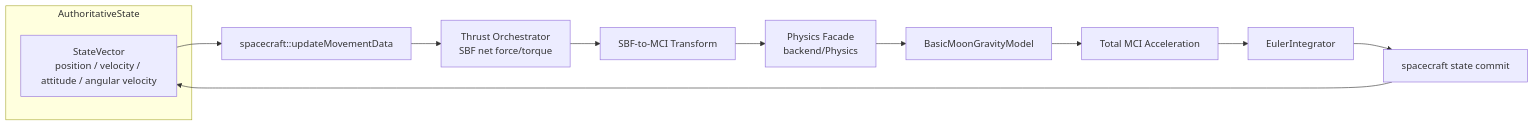
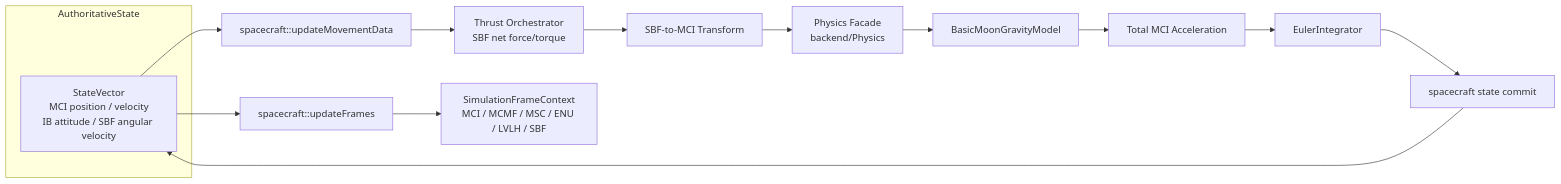
One commit to gerd-lrt-dev/moonlander changed the fourth of 7 diagrams in docs/data-flow-diagrams.md. Above: the diagram before and after it, drawn with Mermaid. The commit also changed other lines of this file, not shown here.

Commit message:
docs: update data flow diagrams for D31 frame architecture

````diff
--- a/docs/data-flow-diagrams.md
+++ b/docs/data-flow-diagrams.md
@@ -178,25 +288,29 @@
 ```mermaid
 flowchart LR
     subgraph AuthoritativeState
-        SV[StateVector<br/>position / velocity / attitude / angular velocity]
+        SV[StateVector<br/>MCI position / velocity<br/>IB attitude / SBF angular velocity]
     end
 
     UMD[spacecraft::updateMovementData]
     TH[Thrust Orchestrator<br/>SBF net force/torque]
     TX[SBF-to-MCI Transform]
     PHY[Physics Facade<br/>backend/Physics]
     GM[BasicMoonGravityModel]
     AA[Total MCI Acceleration]
     EI[EulerIntegrator]
     SC[spacecraft state commit]
+    UFC[spacecraft::updateFrames]
+    SFC[SimulationFrameContext<br/>MCI / MCMF / MSC / ENU / LVLH / SBF]
 
     SV --> UMD
     UMD --> TH
     TH --> TX
     TX --> PHY
     PHY --> GM
     GM --> AA
     AA --> EI
     EI --> SC
     SC --> SV
+    SV --> UFC
+    UFC --> SFC
 ```
````
